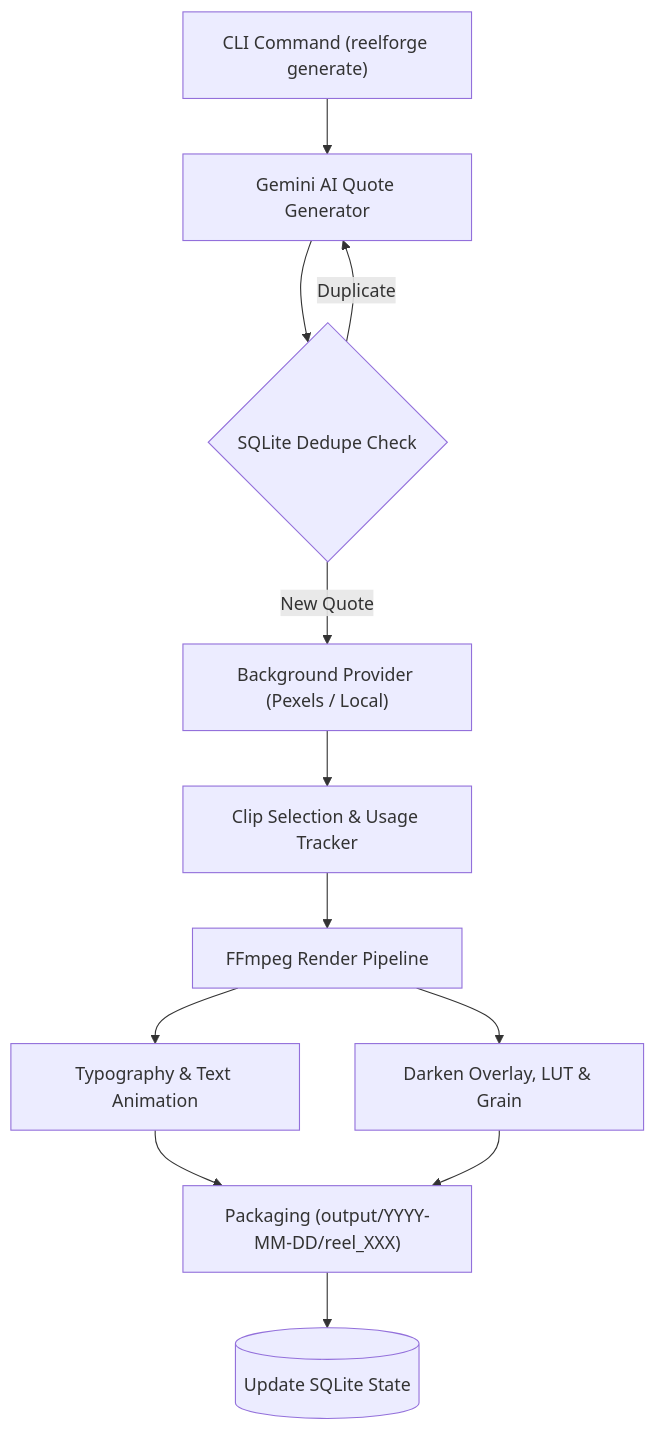
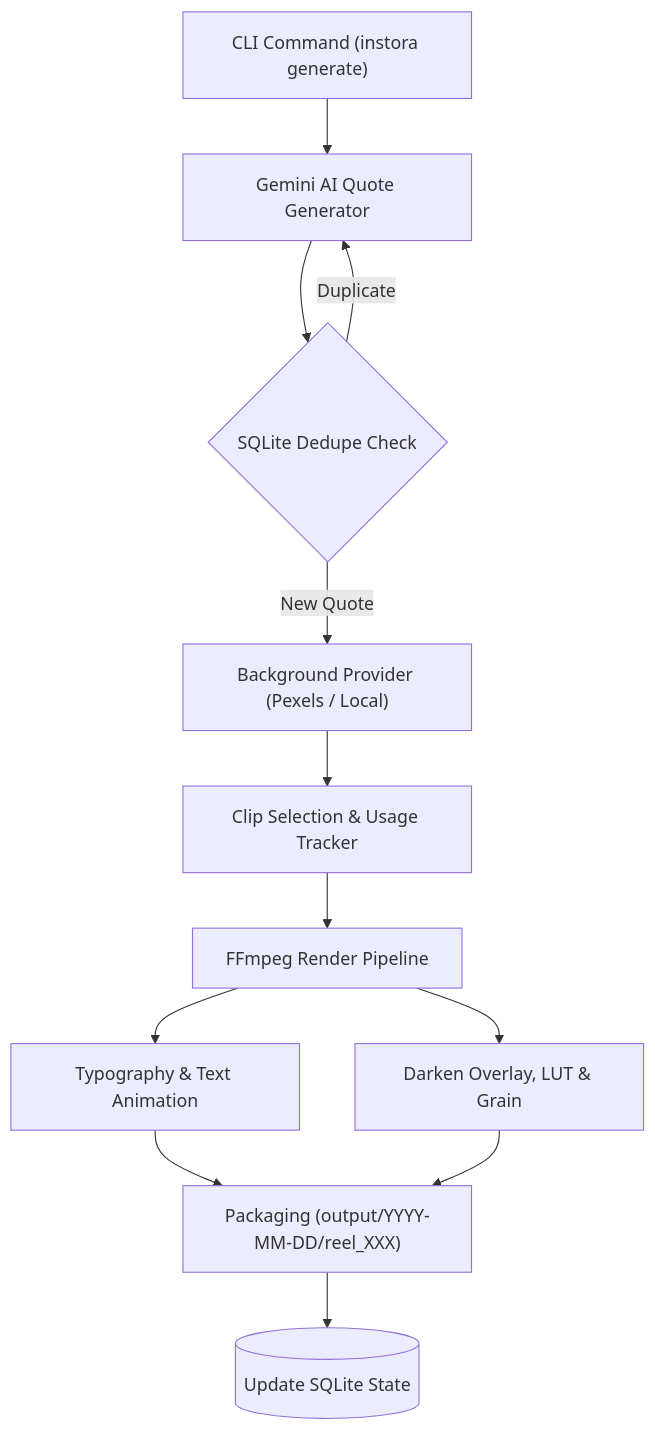
One commit to zeishansheikh/Instagram-Reels changed the diagram in README.md. Above: the diagram before and after it, drawn with Mermaid. The commit also changed other lines of this file and 87 other files, not shown here.

Commit message:
refactor: rename project, CLI, API, and branding from ReelForge to Instora

````diff
--- a/README.md
+++ b/README.md
@@ -31,13 +31,13 @@
 ```mermaid
 flowchart TD
-    CLI["CLI Command (reelforge generate)"] --> QuoteGen["Gemini AI Quote Generator"]
+    CLI["CLI Command (instora generate)"] --> QuoteGen["Gemini AI Quote Generator"]
     QuoteGen --> DedupeCheck{"SQLite Dedupe Check"}
     DedupeCheck -- New Quote --> BGProvider["Background Provider (Pexels / Local)"]
     DedupeCheck -- Duplicate --> QuoteGen
     BGProvider --> ClipSelection["Clip Selection & Usage Tracker"]
     ClipSelection --> RenderEngine["FFmpeg Render Pipeline"]
     RenderEngine --> TextLayout["Typography & Text Animation"]
     RenderEngine --> ColorGrade["Darken Overlay, LUT & Grain"]
     TextLayout & ColorGrade --> Export["Packaging (output/YYYY-MM-DD/reel_XXX)"]
     Export --> DBRecord[("Update SQLite State")]
 ```
````
